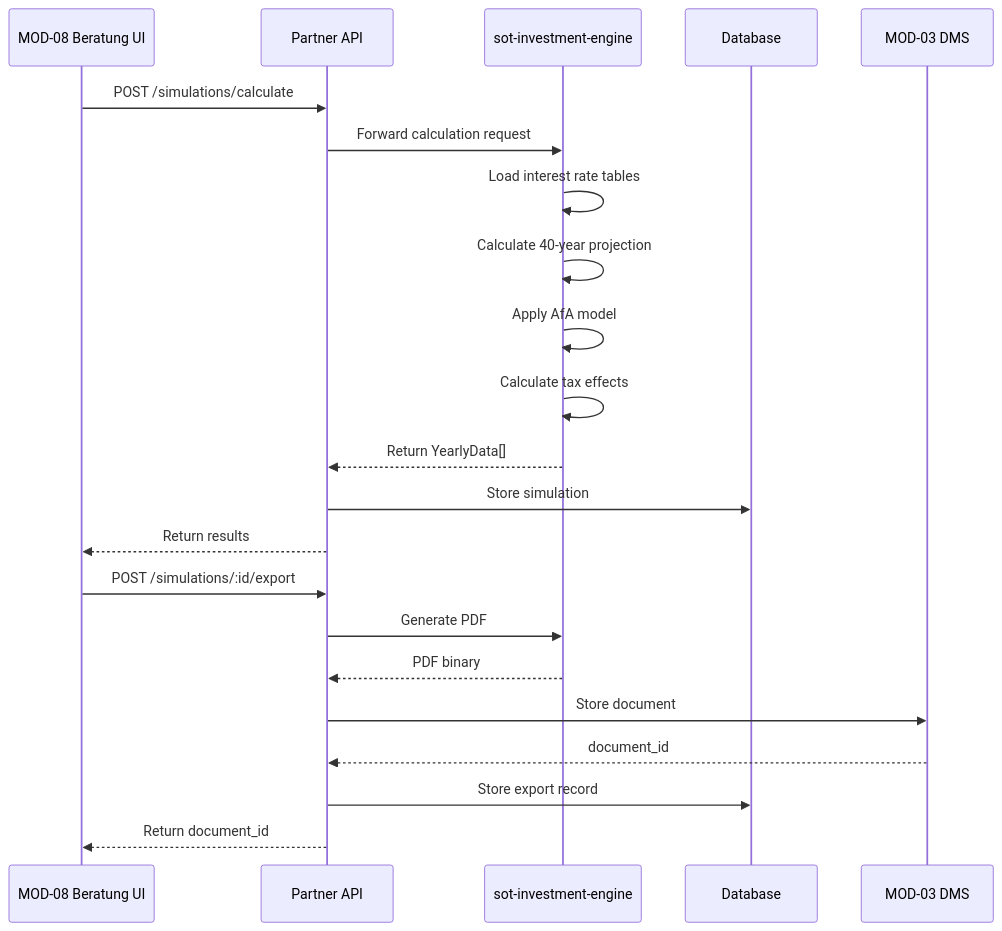
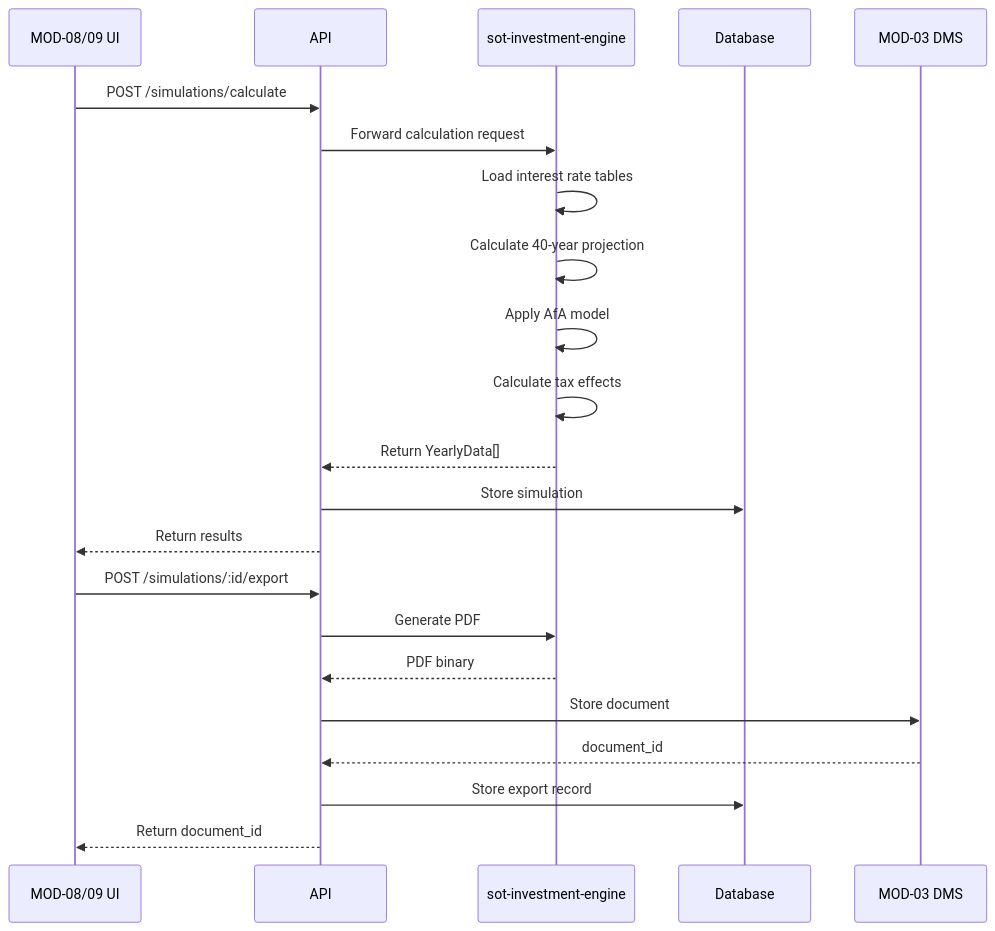
Diagram 19 of 19 in docs/presentation/SYSTEM_DIAGRAM.md (thomasstelzl1981/town-square-platform), drawn with Mermaid before and after one commit. The commit also changed other lines of this file and 4 other files, not shown here.

````diff
--- a/docs/presentation/SYSTEM_DIAGRAM.md
+++ b/docs/presentation/SYSTEM_DIAGRAM.md
@@ -526,26 +624,26 @@
 ```mermaid
 sequenceDiagram
-    participant UI as MOD-08 Beratung UI
-    participant API as Partner API
+    participant UI as MOD-08/09 UI
+    participant API as API
     participant EF as sot-investment-engine
     participant DB as Database
     participant DMS as MOD-03 DMS
 
     UI->>API: POST /simulations/calculate
     API->>EF: Forward calculation request
     EF->>EF: Load interest rate tables
     EF->>EF: Calculate 40-year projection
     EF->>EF: Apply AfA model
     EF->>EF: Calculate tax effects
     EF-->>API: Return YearlyData[]
     API->>DB: Store simulation
     API-->>UI: Return results
 
     UI->>API: POST /simulations/:id/export
     API->>EF: Generate PDF
     EF-->>API: PDF binary
     API->>DMS: Store document
     DMS-->>API: document_id
     API->>DB: Store export record
     API-->>UI: Return document_id
 ```
````
